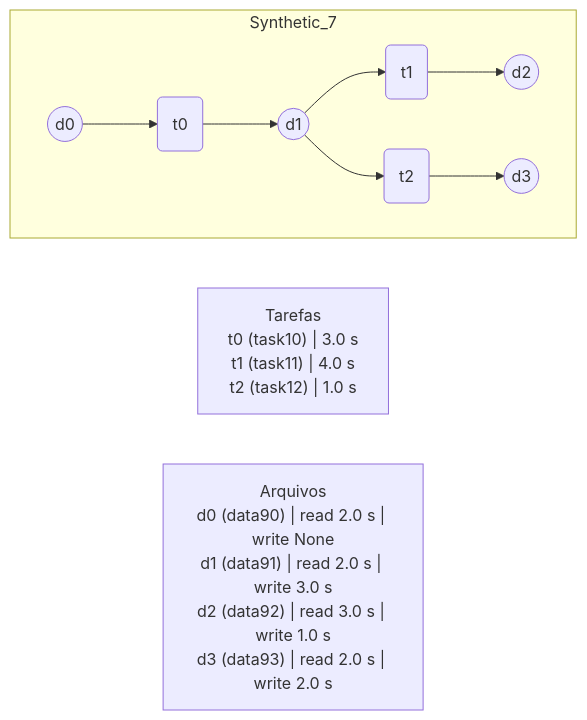
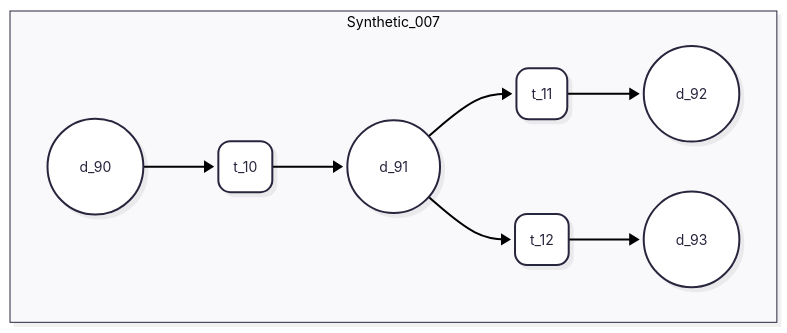
Before and after one commit to UFFeScience/denethor: the diagram in resources/data/instance_files/synthetic/synthetic_user_defined/mermaid/Synthetic_7.mermaid, drawn with Mermaid. The commit also changed 17 other files, not shown here.

Commit message:
Novas definições de instâncias sintéticas,  arquivos mermaid e scripts geradores

```diff
--- a/resources/data/instance_files/synthetic/synthetic_user_defined/mermaid/Synthetic_7.mermaid
+++ b/resources/data/instance_files/synthetic/synthetic_user_defined/mermaid/Synthetic_7.mermaid
@@ -1,22 +1,22 @@
 ---
 config:
   layout: dagre
+  theme: redux
+  look: neo
 ---
 flowchart LR
- subgraph Synthetic_7["Synthetic_7"]
+ subgraph Synthetic_7["Synthetic_007"]
     direction LR
-        S7_d0(("d0"))
-        S7_t0("t0")
-        S7_d1(("d1"))
-        S7_t1("t1")
-        S7_d2(("d2"))
-        S7_t2("t2")
-        S7_d3(("d3"))
+        S7_d0(("d_90"))
+        S7_d1(("d_91"))
+        S7_d2(("d_92"))
+        S7_d3(("d_93"))
+        S7_t0("t_10")
+        S7_t1("t_11")
+        S7_t2("t_12")
   end
     S7_d0 --> S7_t0
+    S7_d1 --> S7_t1 & S7_t2
     S7_t0 --> S7_d1
-    S7_d1 --> S7_t1 & S7_t2
     S7_t1 --> S7_d2
     S7_t2 --> S7_d3
-    TASK_TIMES["Tarefas<br/>t0 (task10) | 3.0 s<br/>t1 (task11) | 4.0 s<br/>t2 (task12) | 1.0 s"]
-    FILE_TIMES["Arquivos<br/>d0 (data90) | read 2.0 s | write None<br/>d1 (data91) | read 2.0 s | write 3.0 s<br/>d2 (data92) | read 3.0 s | write 1.0 s<br/>d3 (data93) | read 2.0 s | write 2.0 s"]
```
